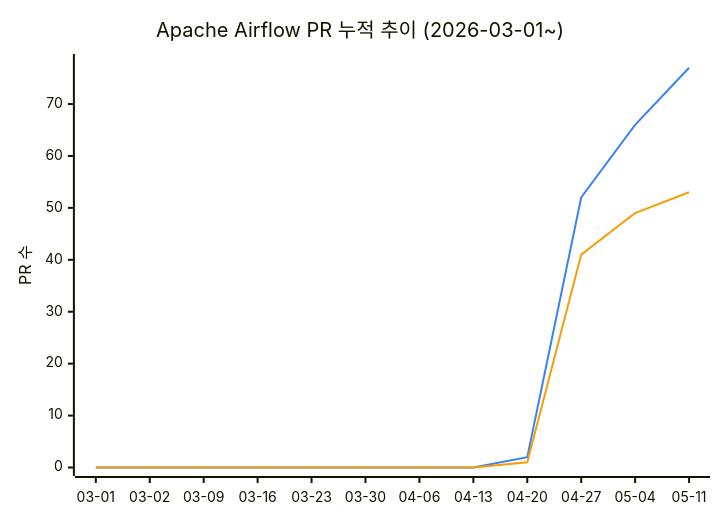
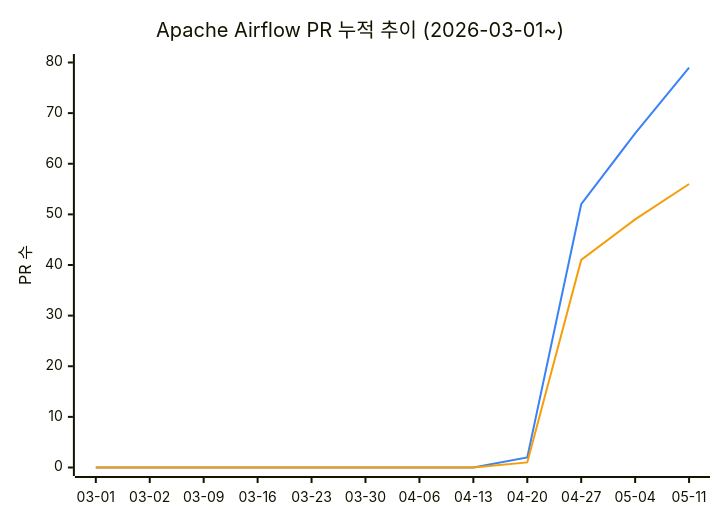
Before and after one commit to AirflowKorea/ossca: the diagram in README.md, drawn with Mermaid. The commit also changed other lines of this file, not shown here.

````diff
--- a/README.md
+++ b/README.md
@@ -11,9 +11,9 @@
 ```mermaid
 %%{init: {"themeVariables": {"xyChart": {"plotColorPalette": "#3b82f6, #f59e0b"}}}}%%
 xychart-beta
     title "Apache Airflow PR 누적 추이 (2026-03-01~)"
     x-axis ["03-01", "03-02", "03-09", "03-16", "03-23", "03-30", "04-06", "04-13", "04-20", "04-27", "05-04", "05-11"]
-    y-axis "PR 수" 0 --> 78
-    line [0, 0, 0, 0, 0, 0, 0, 0, 2, 52, 66, 77]
-    line [0, 0, 0, 0, 0, 0, 0, 0, 1, 41, 49, 53]
+    y-axis "PR 수" 0 --> 80
+    line [0, 0, 0, 0, 0, 0, 0, 0, 2, 52, 66, 79]
+    line [0, 0, 0, 0, 0, 0, 0, 0, 1, 41, 49, 56]
 ```
````
